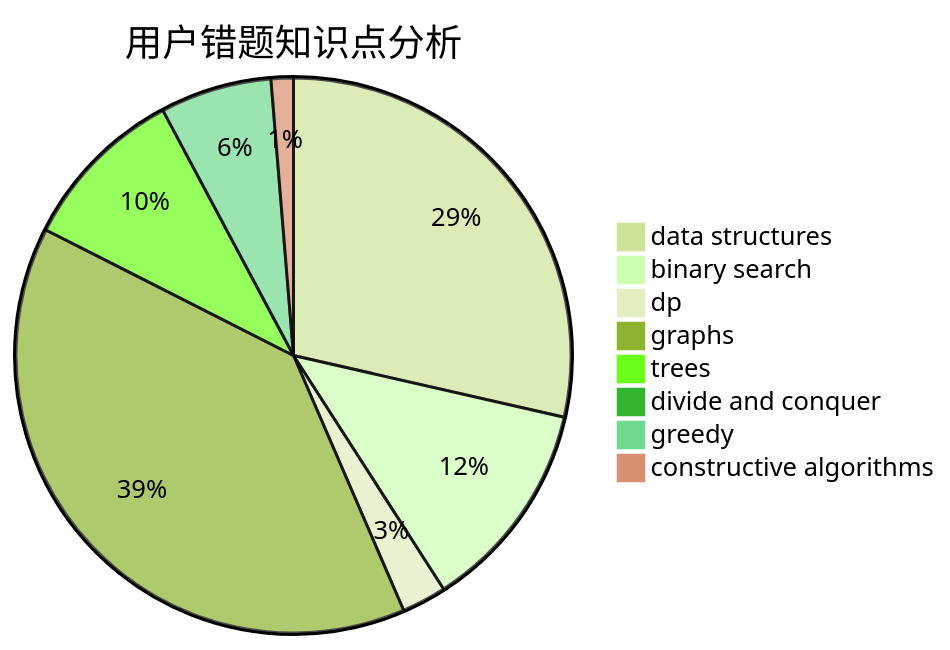
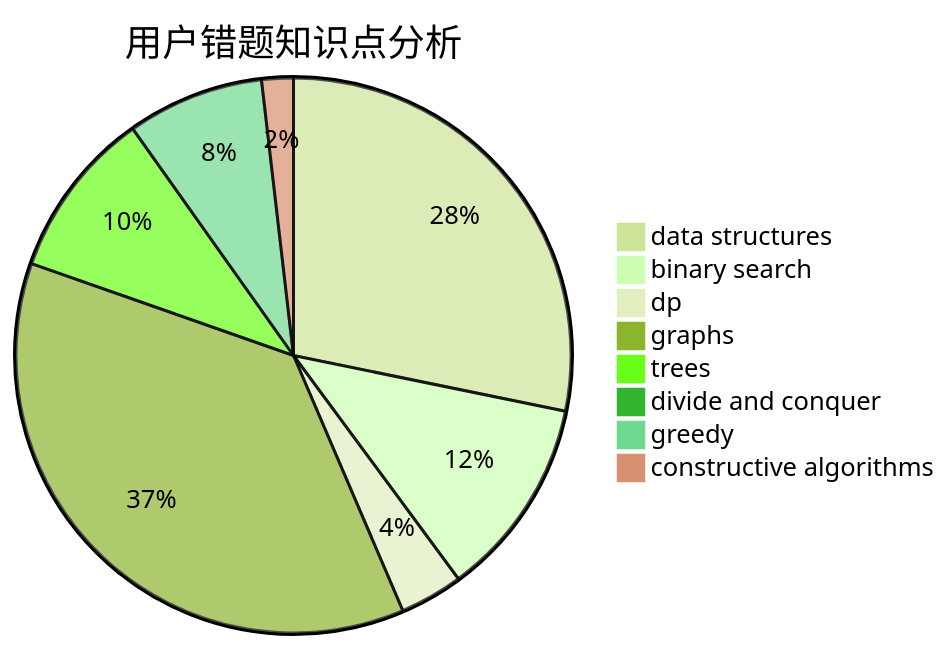
The third of 3 diagrams in docs/user/u795.md (sherpahu/cfrs.github.io), drawn with Mermaid (forest theme) before and after one commit. The commit also changed other lines of this file and 2770 other files, not shown here.

````diff
--- a/docs/user/u795.md
+++ b/docs/user/u795.md
@@ -36,11 +36,11 @@
 ```mermaid
 pie title 用户错题知识点分析
-    "data structures" :  44
+    "data structures" :  46
     "binary search" :  19
-    "dp" :  4
+    "dp" :  6
     "graphs" :  60
-    "trees" :  15
+    "trees" :  16
     "divide and conquer" :  0
-    "greedy" :  10
-    "constructive algorithms" :  2
+    "greedy" :  13
+    "constructive algorithms" :  3
 ```
````
